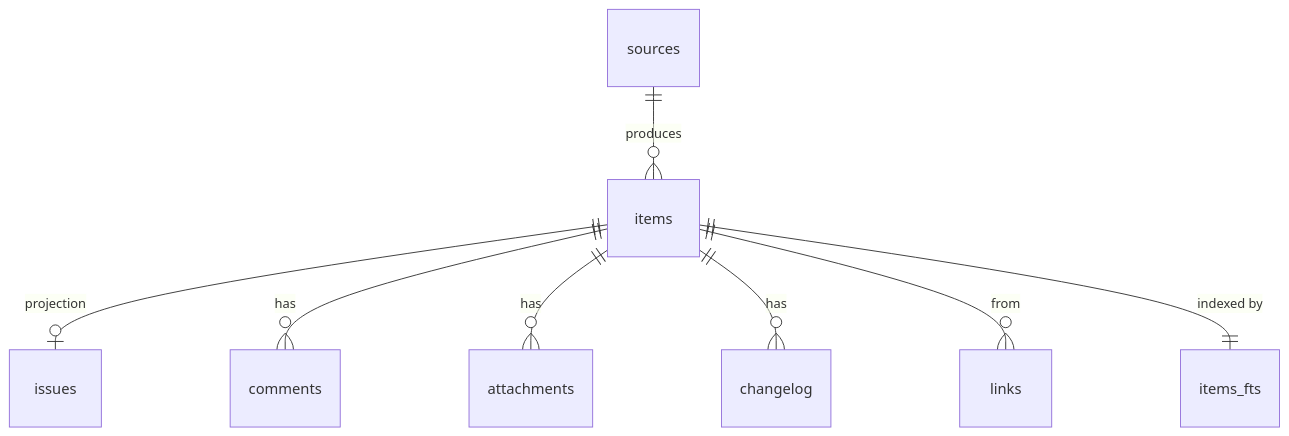
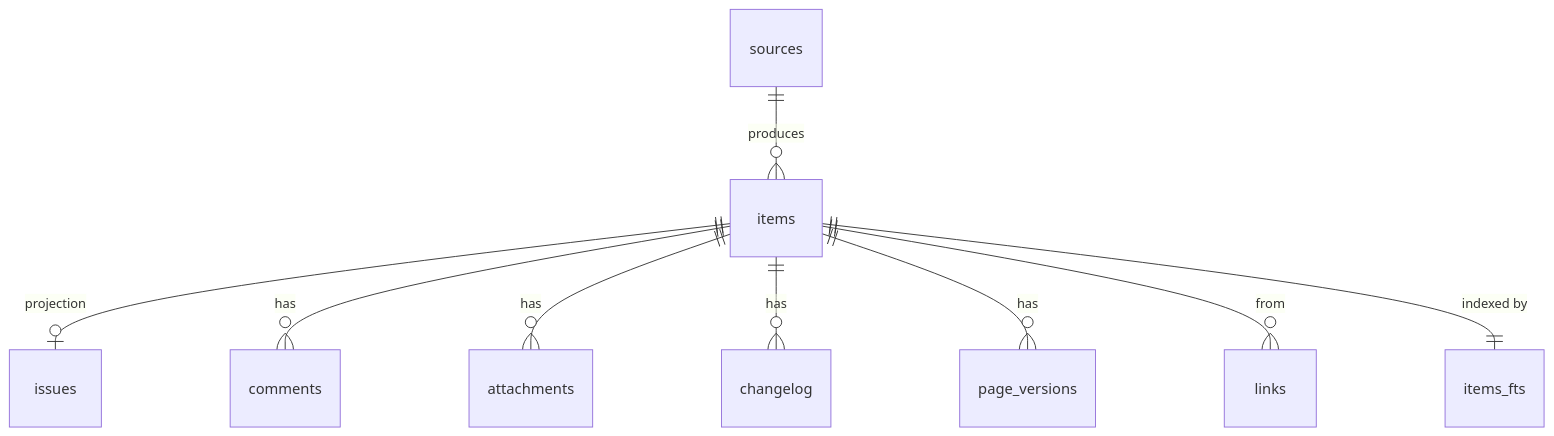
The diagram in specs/000-product/data-model.md (midagedev/gadak), drawn with Mermaid before and after one commit. The commit also changed other lines of this file and 7 other files, not shown here.

````diff
--- a/specs/000-product/data-model.md
+++ b/specs/000-product/data-model.md
@@ -59,10 +59,11 @@
 ```mermaid
 erDiagram
   items ||--o| issues : "projection"
   items ||--o{ comments : "has"
   items ||--o{ attachments : "has"
   items ||--o{ changelog : "has"
+  items ||--o{ page_versions : "has"
   items ||--o{ links : "from"
   items ||--|| items_fts : "indexed by"
   sources ||--o{ items : "produces"
 ```
````
